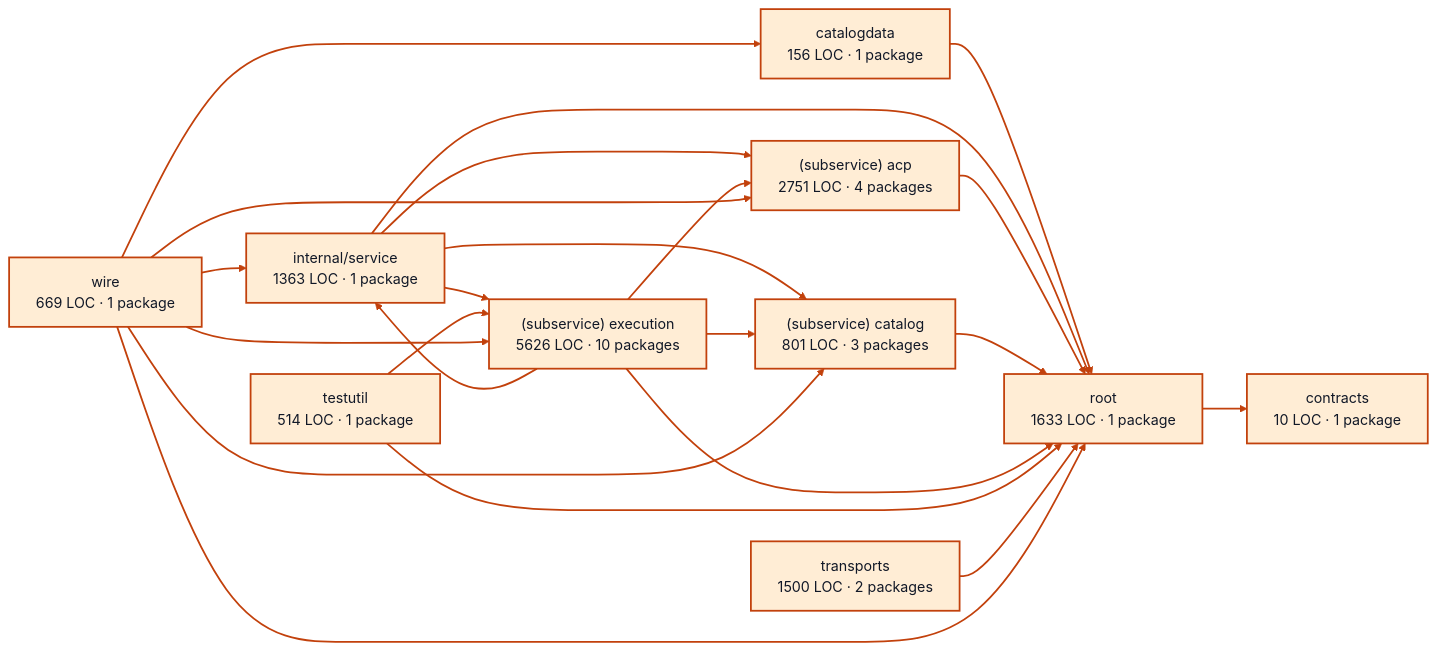
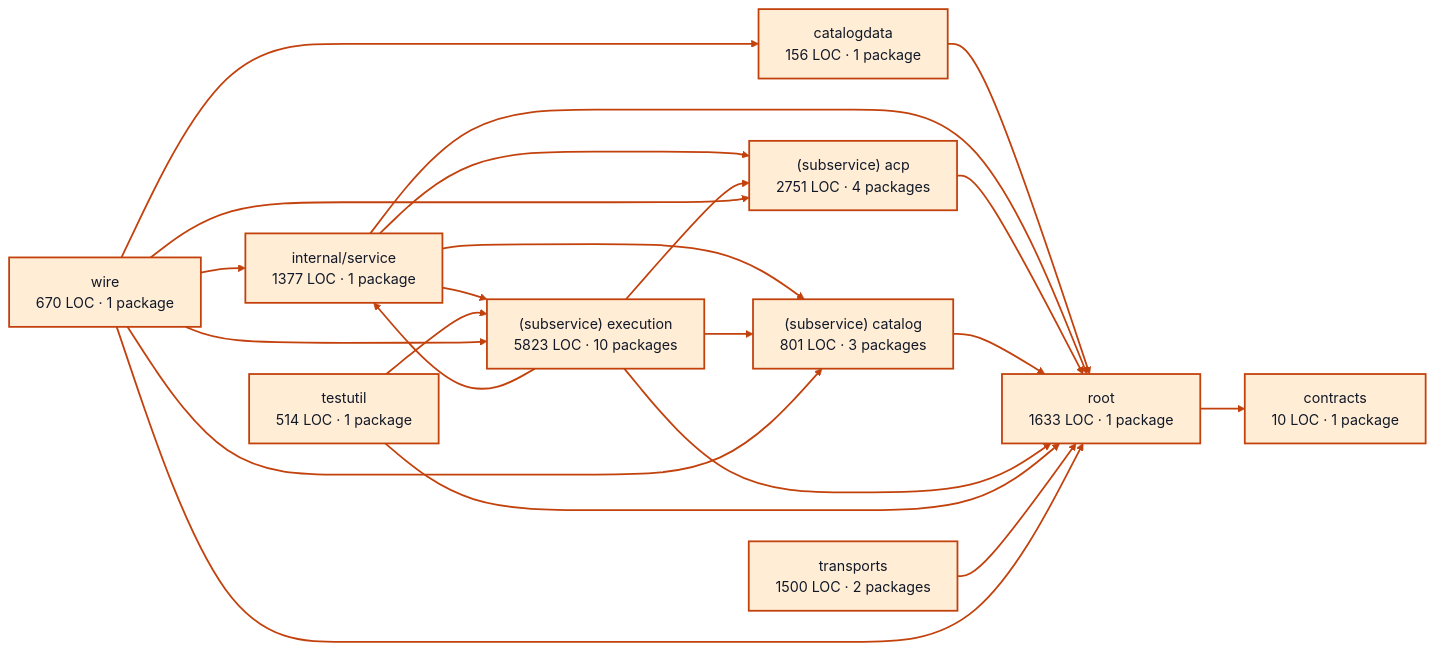
Before and after one commit to portpowered/you-agent-factory: the diagram in docs/architecture/visualizations/services/providers.md, drawn with Mermaid. The commit also changed other lines of this file and 20 other files, not shown here.

Commit message:
docs: refresh backend architecture visualizations

````diff
--- a/docs/architecture/visualizations/services/providers.md
+++ b/docs/architecture/visualizations/services/providers.md
@@ -11,45 +11,45 @@
 ```mermaid
 flowchart LR
   p0["catalogdata<br/>156 LOC · 1 package"]
   p1["contracts<br/>10 LOC · 1 package"]
-  p2["internal/service<br/>1363 LOC · 1 package"]
+  p2["internal/service<br/>1377 LOC · 1 package"]
   p3["(subservice) acp<br/>2751 LOC · 4 packages"]
   p4["(subservice) catalog<br/>801 LOC · 3 packages"]
-  p5["(subservice) execution<br/>5626 LOC · 10 packages"]
+  p5["(subservice) execution<br/>5823 LOC · 10 packages"]
   p6["testutil<br/>514 LOC · 1 package"]
   p7["root<br/>1633 LOC · 1 package"]
   p8["transports<br/>1500 LOC · 2 packages"]
-  p9["wire<br/>669 LOC · 1 package"]
+  p9["wire<br/>670 LOC · 1 package"]
   p0 --> p7
   p2 --> p3
   p2 --> p4
   p2 --> p5
   p2 --> p7
   p3 --> p7
   p4 --> p7
   p5 --> p2
   p5 --> p3
   p5 --> p4
   p5 --> p7
   p6 --> p5
   p6 --> p7
   p7 --> p1
   p8 --> p7
   p9 --> p0
   p9 --> p2
   p9 --> p3
   p9 --> p4
   p9 --> p5
   p9 --> p7
   style p0 fill:#ffedd5,stroke:#c2410c,stroke-width:2px,color:#111827
   style p1 fill:#ffedd5,stroke:#c2410c,stroke-width:2px,color:#111827
   style p2 fill:#ffedd5,stroke:#c2410c,stroke-width:2px,color:#111827
   style p3 fill:#ffedd5,stroke:#c2410c,stroke-width:2px,color:#111827
   style p4 fill:#ffedd5,stroke:#c2410c,stroke-width:2px,color:#111827
   style p5 fill:#ffedd5,stroke:#c2410c,stroke-width:2px,color:#111827
   style p6 fill:#ffedd5,stroke:#c2410c,stroke-width:2px,color:#111827
   style p7 fill:#ffedd5,stroke:#c2410c,stroke-width:2px,color:#111827
   style p8 fill:#ffedd5,stroke:#c2410c,stroke-width:2px,color:#111827
   style p9 fill:#ffedd5,stroke:#c2410c,stroke-width:2px,color:#111827
   linkStyle default stroke:#c2410c,stroke-width:2px
 ```
````
